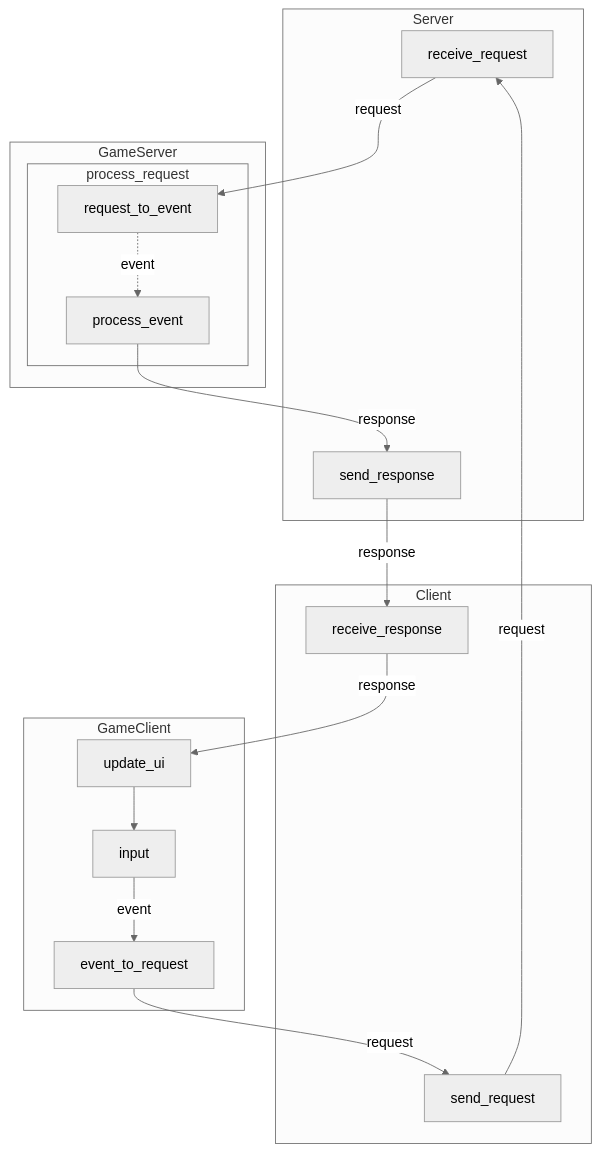
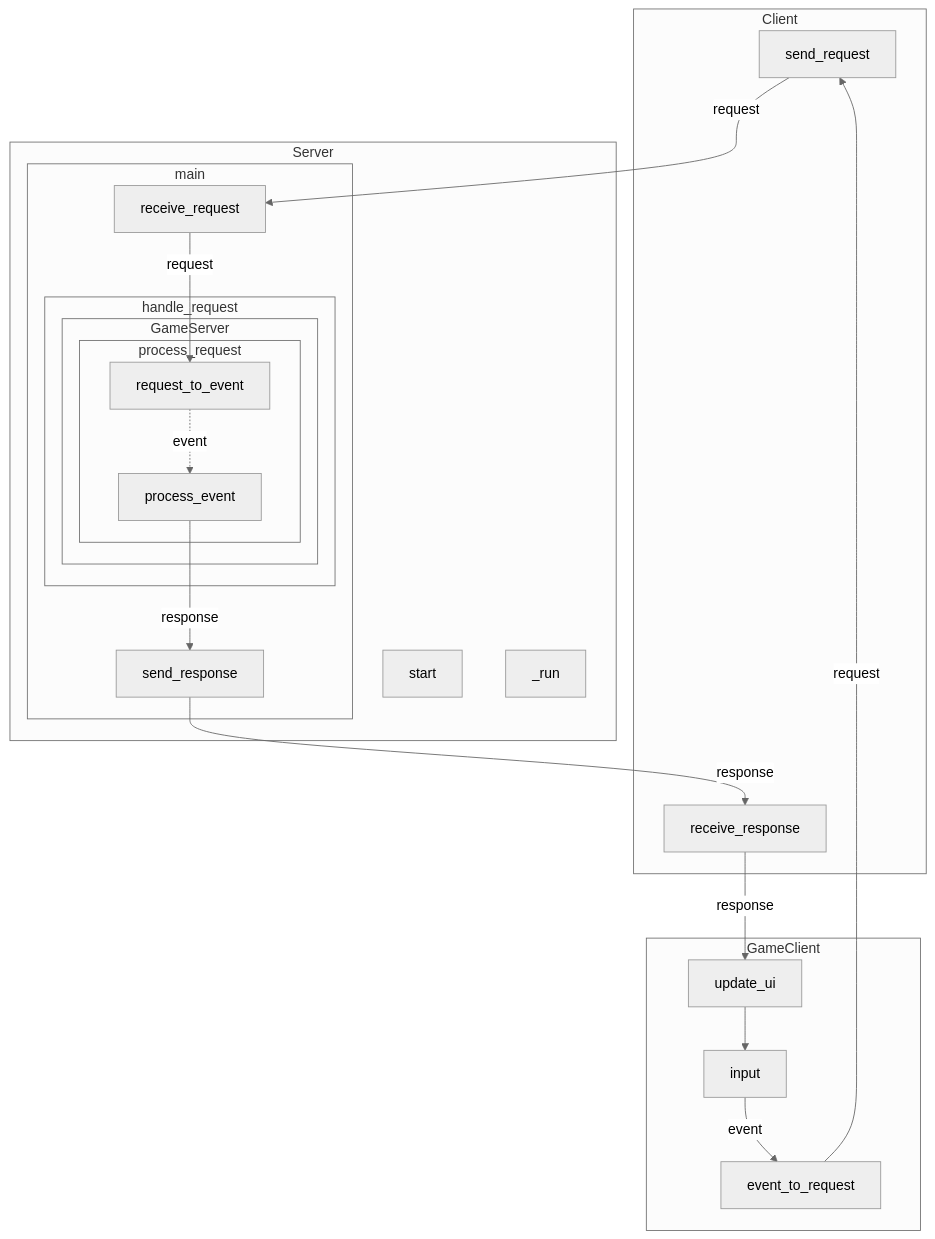
One commit to likecookiesstudio/ecs-game-engine changed the diagram in classes_relationships.md. Above: the diagram before and after it, drawn with Mermaid (neutral theme).

Commit message:
game server and server docs update

````diff
--- a/classes_relationships.md
+++ b/classes_relationships.md
@@ -7,65 +7,69 @@
 ```mermaid
 graph TD;
-
-    subgraph Server
-        receive_request
-        send_response
-    end
 
     subgraph Client
         send_request
         receive_response
     end
 
     subgraph GameClient
         update_ui
         input
         event_to_request
     end
 
-    subgraph GameServer
-        subgraph process_request
-        request_to_event
-        process_event
+    subgraph Server
+        start
+        _run
+        subgraph main
+            receive_request
+            subgraph handle_request
+                subgraph GameServer
+                    subgraph process_request
+                    request_to_event
+                    process_event
+                    end
+                end
+            end
+            send_response
         end
     end
+
+
     %% GameClient
     update_ui --> input
     input --event--> event_to_request
     %%! GameClient
 
     %% GameClient -> Client
     event_to_request --request--> send_request
     %%! GameClient -> Client
 
     %% Client
     %%! Client
 
     %% Client -> Server
     send_request--request-->receive_request;
     %%! Client -> Server
 
     %% Server
+        %% Server -> GameServer
+        receive_request --request--> request_to_event;
+        %%! Server -> GameServer
+        %% GameServer
+        request_to_event -.event.-> process_event;
+        %%! GameServer
+        %% GameServer -> Server
+        process_event --response--> send_response;
+        %%! GameServer -> Server
     %%! Server
-    
-    %% Server -> GameServer
-    receive_request --request--> request_to_event;
-    %%! Server -> GameServer
-
-    %% GameServer
-    request_to_event -.event.-> process_event;
-    %%! GameServer
-
-    %% GameServer -> Server
-    process_event --response--> send_response;
-    %%! GameServer -> Server
     
     %% Server -> Client
     send_response --response--> receive_response;
     %%! Server -> Client
 
     %% Client -> GameClient
     receive_response --response--> update_ui;
     %%! Client -> GameClient
 
 ```
````
